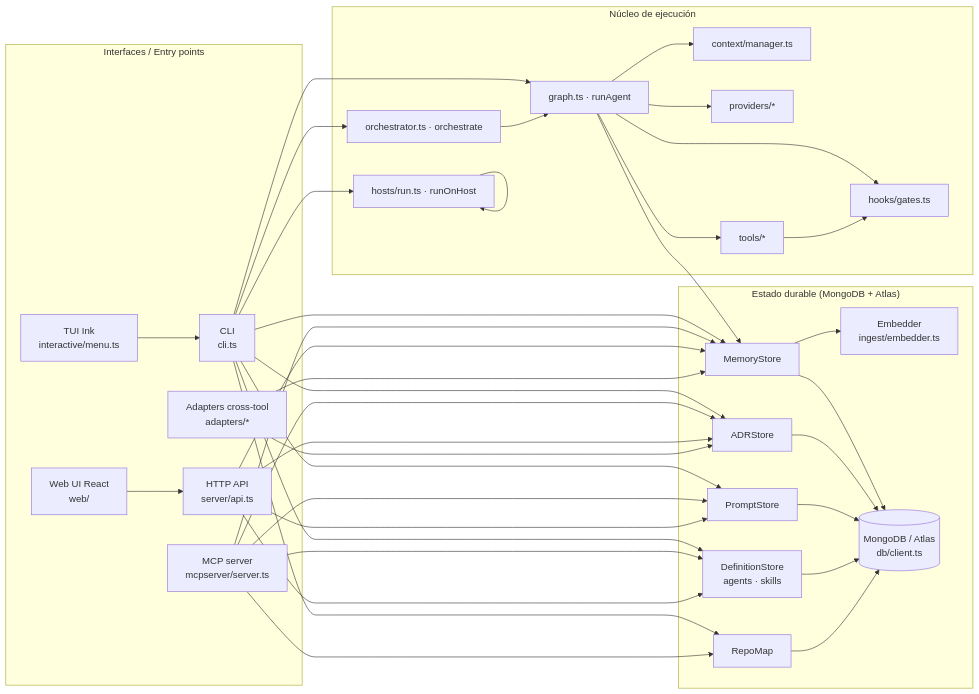
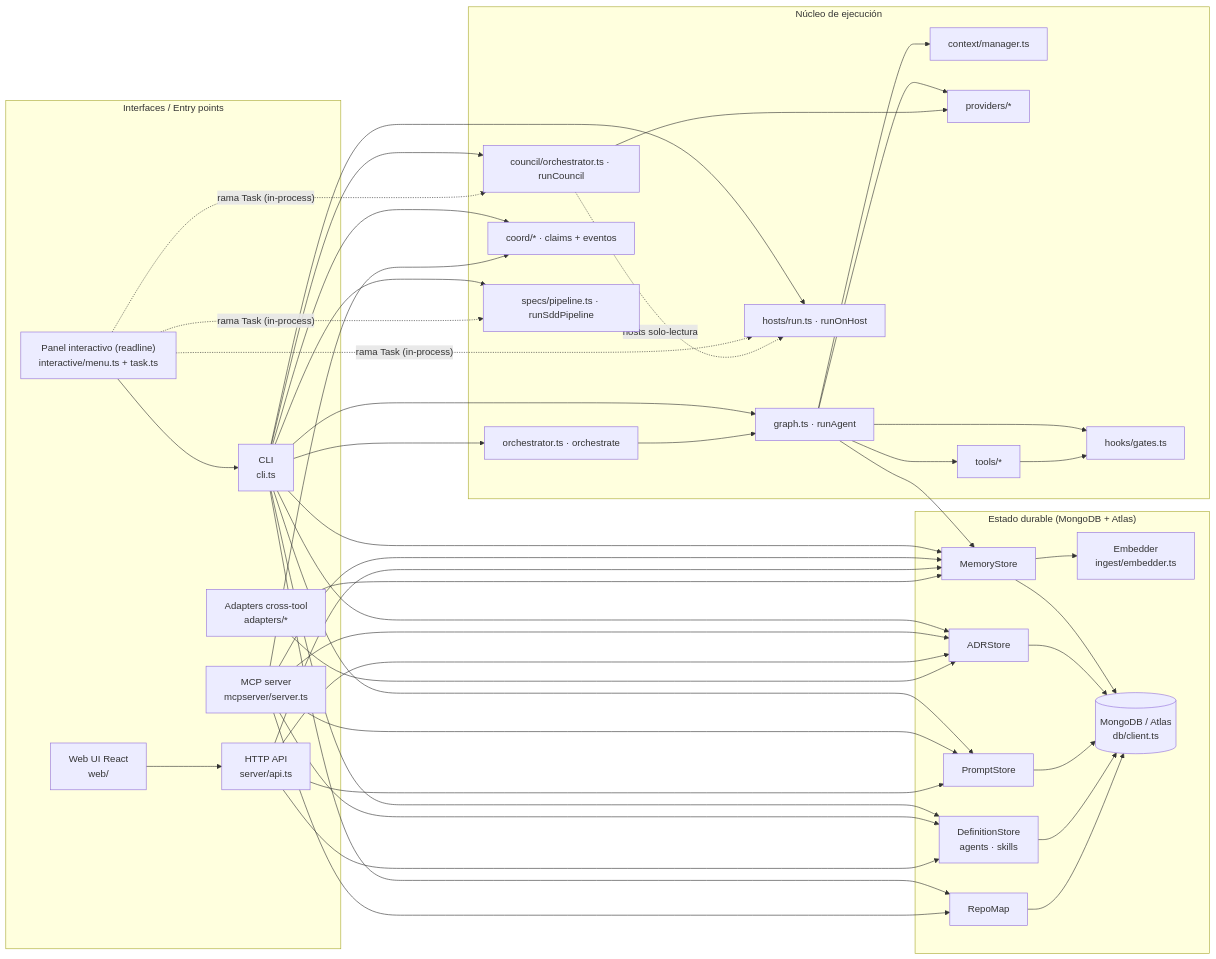
The second of 14 diagrams in docs/ARQUITECTURA.md (eversuelo/aitl-harness-mcp), drawn with Mermaid before and after one commit. The commit also changed other lines of this file and 16 other files, not shown here.

First line of the commit message:
docs: consolidate architecture docs (P10, ADR-0057) — one canonical + attic

````diff
--- a/docs/ARQUITECTURA.md
+++ b/docs/ARQUITECTURA.md
@@ -90,46 +87,51 @@
 ```mermaid
 flowchart LR
     subgraph IF["Interfaces / Entry points"]
         CLI["CLI<br/>cli.ts"]
         MCP["MCP server<br/>mcpserver/server.ts"]
         API["HTTP API<br/>server/api.ts"]
         UI["Web UI React<br/>web/"]
-        TUI["TUI Ink<br/>interactive/menu.ts"]
+        TUI["Panel interactivo (readline)<br/>interactive/menu.ts + task.ts"]
         ADP["Adapters cross-tool<br/>adapters/*"]
     end
 
     subgraph CORE["Núcleo de ejecución"]
         GRAPH["graph.ts · runAgent"]
         ORCH["orchestrator.ts · orchestrate"]
         RUNH["hosts/run.ts · runOnHost"]
+        COUNCIL["council/orchestrator.ts · runCouncil"]
+        COORD["coord/* · claims + eventos"]
+        SDD["specs/pipeline.ts · runSddPipeline"]
         CTXM["context/manager.ts"]
         GATES["hooks/gates.ts"]
         PROV["providers/*"]
         TOOLS2["tools/*"]
     end
 
     subgraph DUR["Estado durable (MongoDB + Atlas)"]
         MS["MemoryStore"]
         ADRS["ADRStore"]
         PS["PromptStore"]
         DS["DefinitionStore<br/>agents · skills"]
         RM["RepoMap"]
         EMB["Embedder<br/>ingest/embedder.ts"]
         DB[("MongoDB / Atlas<br/>db/client.ts")]
     end
 
-    CLI --> GRAPH & ORCH & RUNH & MS & ADRS & PS & DS & RM
-    MCP --> MS & ADRS & PS & DS & RM
+    CLI --> GRAPH & ORCH & RUNH & COUNCIL & COORD & SDD & MS & ADRS & PS & DS & RM
+    MCP --> MS & ADRS & PS & DS & RM & COORD
     API --> MS & ADRS & PS & DS
     UI --> API
     TUI --> CLI
+    TUI -. "rama Task (in-process)" .-> SDD & RUNH & COUNCIL
     ADP --> MS & ADRS
 
     GRAPH --> PROV & TOOLS2 & CTXM & MS
     GRAPH --> GATES
     ORCH --> GRAPH
-    RUNH --> RUNH
+    COUNCIL --> PROV
+    COUNCIL -. "hosts solo-lectura" .-> RUNH
     TOOLS2 --> GATES
     MS & ADRS & PS & DS & RM --> DB
     MS --> EMB
 ```
````
